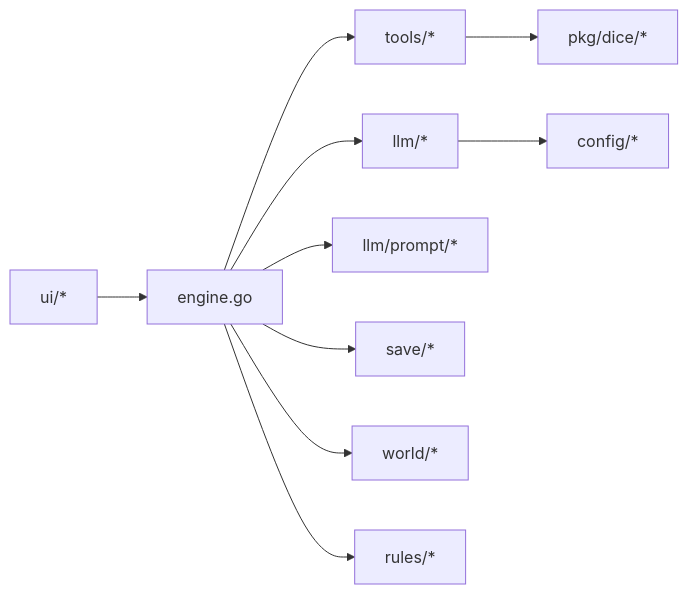
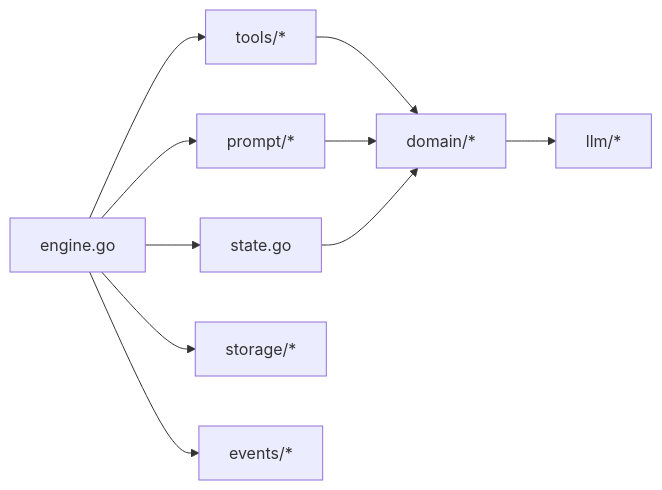
One commit to zwh8800/cdnd changed the ninth of 9 diagrams in .qoder/repowiki/zh/content/游戏引擎架构/智能代理循环.md. Above: the diagram before and after it, drawn with Mermaid. The commit also changed other lines of this file and 11 other files, not shown here.

````diff
--- a/.qoder/repowiki/zh/content/游戏引擎架构/智能代理循环.md
+++ b/.qoder/repowiki/zh/content/游戏引擎架构/智能代理循环.md
@@ -368,12 +512,12 @@
 ```mermaid
 graph LR
-ENGINE["engine.go"] --> TOOLS["tools/*"]
-ENGINE --> LLM["llm/*"]
-ENGINE --> PROMPT["llm/prompt/*"]
-ENGINE --> SAVE["save/*"]
-ENGINE --> WORLD["world/*"]
-ENGINE --> RULES["rules/*"]
-LLM --> CONFIG["config/*"]
-TOOLS --> DICE["pkg/dice/*"]
-UI["ui/*"] --> ENGINE
+ENGINE["engine.go"] --> STATE["state.go"]
+ENGINE --> TOOLS["tools/*"]
+ENGINE --> PROMPT["prompt/*"]
+ENGINE --> STORAGE["storage/*"]
+ENGINE --> EVENTS["events/*"]
+TOOLS --> DOMAIN["domain/*"]
+PROMPT --> DOMAIN
+STATE --> DOMAIN
+DOMAIN --> LLM["llm/*"]
 ```
````
